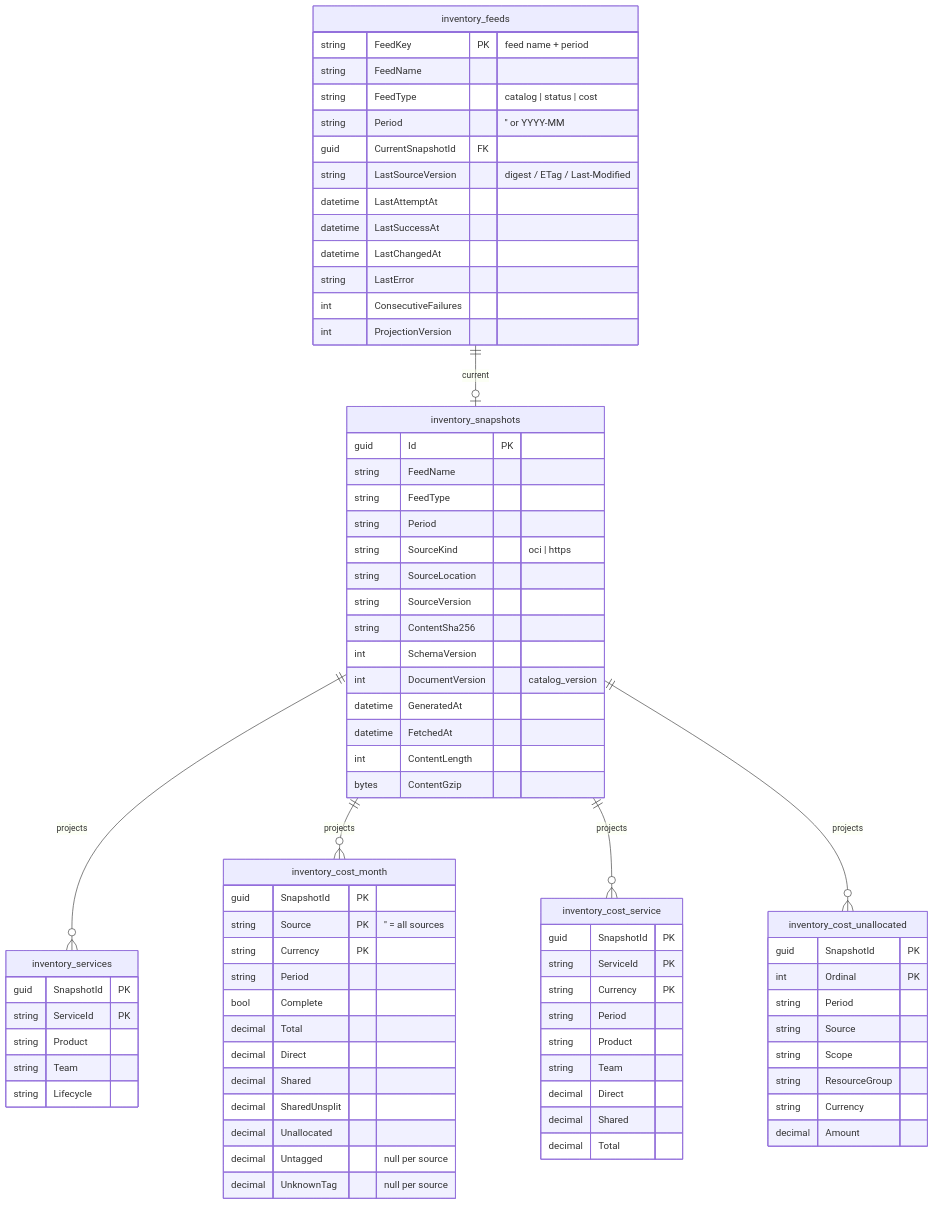
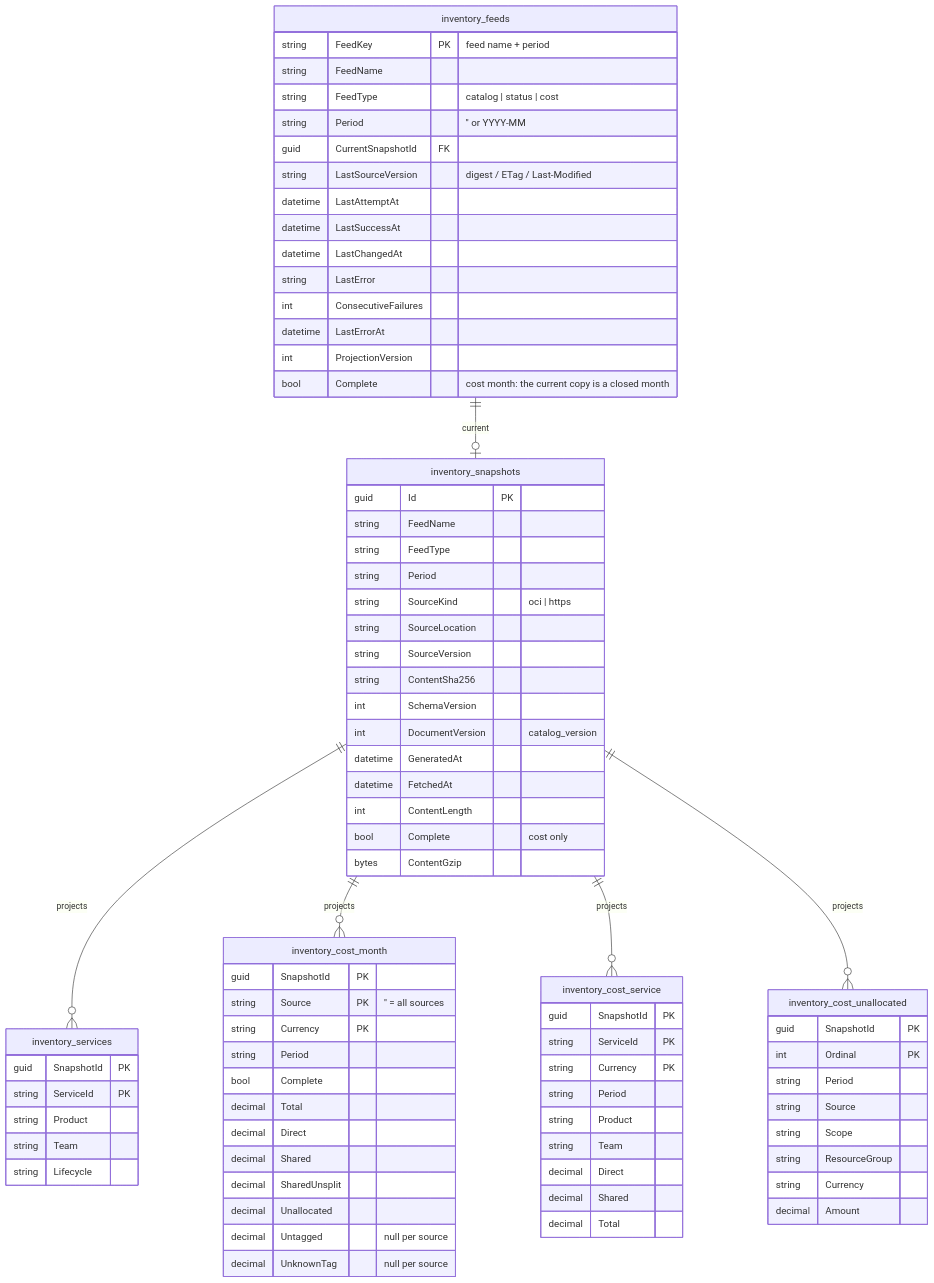
Before and after one commit to gr4b4z/InfraPilot: the diagram in docs/plans/service-inventory.md, drawn with Mermaid. The commit also changed other lines of this file and 51 other files, not shown here.

```diff
--- a/docs/plans/service-inventory.md
+++ b/docs/plans/service-inventory.md
@@ -147,7 +153,9 @@
         datetime LastChangedAt
         string LastError
         int ConsecutiveFailures
+        datetime LastErrorAt
         int ProjectionVersion
+        bool Complete "cost month: the current copy is a closed month"
     }
     inventory_snapshots {
         guid Id PK
@@ -163,6 +171,7 @@
         datetime GeneratedAt
         datetime FetchedAt
         int ContentLength
+        bool Complete "cost only"
         bytes ContentGzip
     }
     inventory_services {
```
